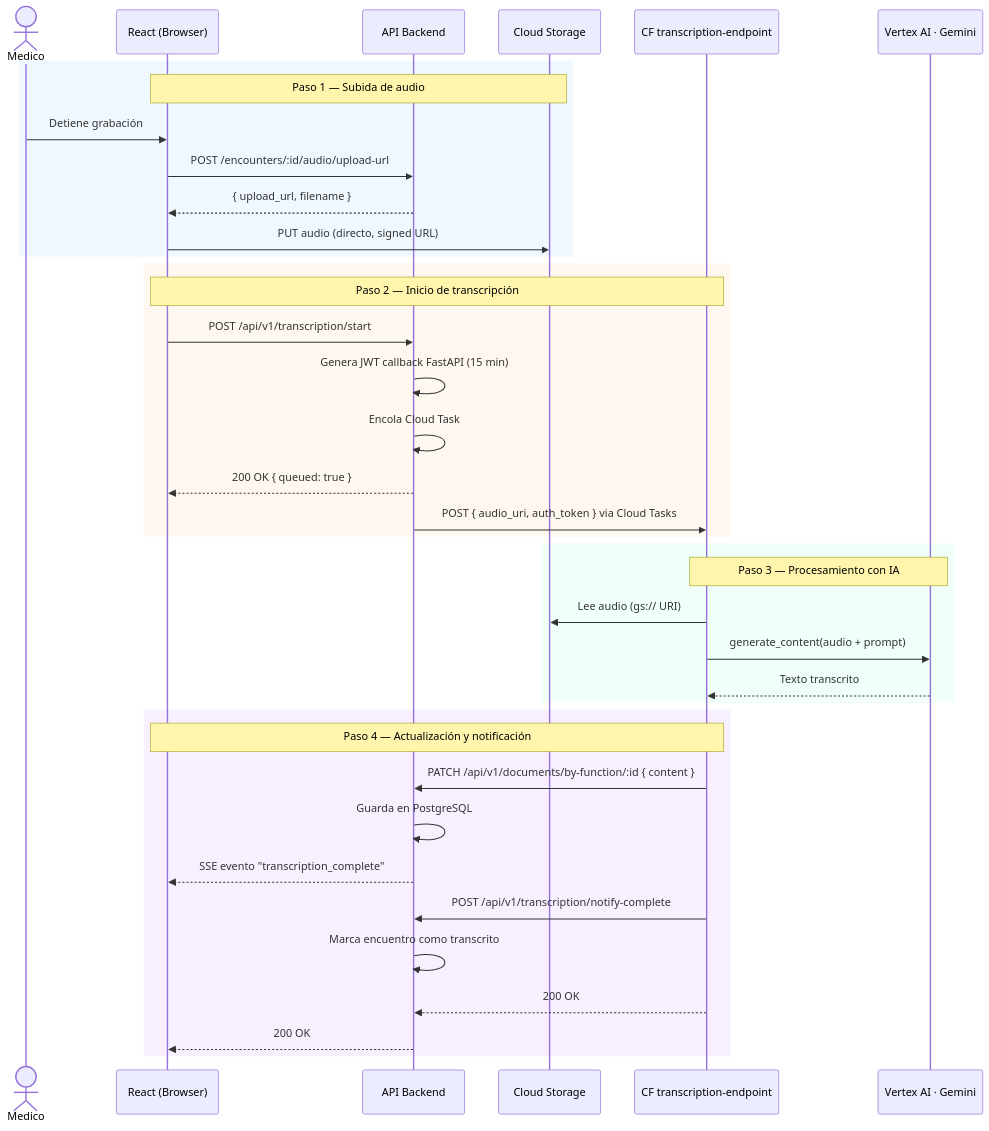
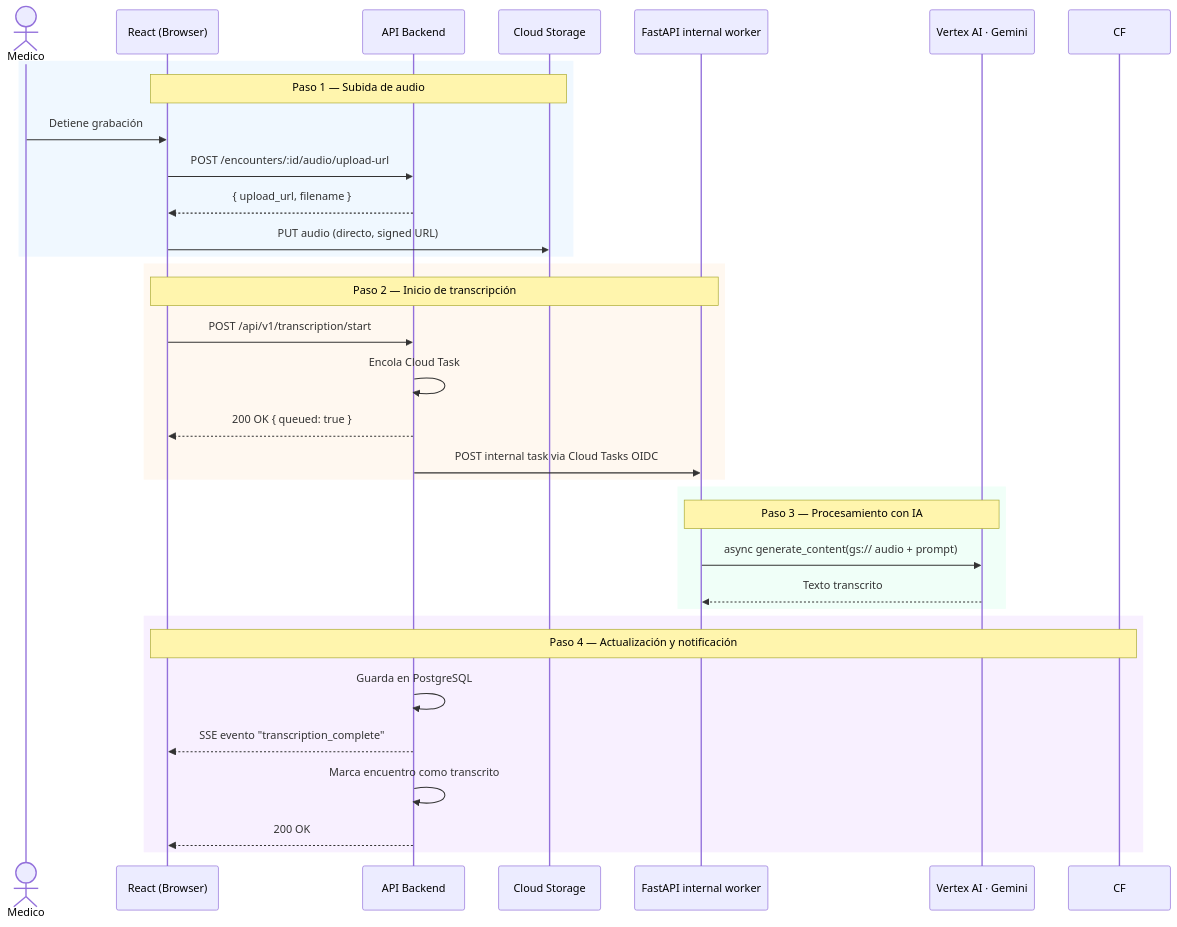
The second of 3 diagrams in docs/architecture/system-overview.md (Jmoreno844/medical-ai-webapp), drawn with Mermaid before and after one commit. The commit also changed other lines of this file and 36 other files, not shown here.

First line of the commit message:
feat(transcription): add segmented audio workflow

````diff
--- a/docs/architecture/system-overview.md
+++ b/docs/architecture/system-overview.md
@@ -59,44 +56,39 @@
 ```mermaid
 sequenceDiagram
     actor Medico
     participant Browser as React (Browser)
     participant Backend as API Backend
     participant GCS as Cloud Storage
-    participant CF as CF transcription-endpoint
+    participant Worker as FastAPI internal worker
     participant Gemini as Vertex AI · Gemini
 
     rect rgb(240, 248, 255)
         note over Browser,GCS: Paso 1 — Subida de audio
         Medico->>Browser: Detiene grabación
         Browser->>Backend: POST /encounters/:id/audio/upload-url
         Backend-->>Browser: { upload_url, filename }
         Browser->>GCS: PUT audio (directo, signed URL)
     end
 
     rect rgb(255, 248, 240)
-        note over Browser,CF: Paso 2 — Inicio de transcripción
+        note over Browser,Worker: Paso 2 — Inicio de transcripción
         Browser->>Backend: POST /api/v1/transcription/start
-        Backend->>Backend: Genera JWT callback FastAPI (15 min)
         Backend->>Backend: Encola Cloud Task
         Backend-->>Browser: 200 OK { queued: true }
-        Backend->>CF: POST { audio_uri, auth_token } via Cloud Tasks
+        Backend->>Worker: POST internal task via Cloud Tasks OIDC
     end
 
     rect rgb(240, 255, 248)
-        note over CF,Gemini: Paso 3 — Procesamiento con IA
-        CF->>GCS: Lee audio (gs:// URI)
-        CF->>Gemini: generate_content(audio + prompt)
-        Gemini-->>CF: Texto transcrito
+        note over Worker,Gemini: Paso 3 — Procesamiento con IA
+        Worker->>Gemini: async generate_content(gs:// audio + prompt)
+        Gemini-->>Worker: Texto transcrito
     end
 
     rect rgb(248, 240, 255)
         note over CF,Browser: Paso 4 — Actualización y notificación
-        CF->>Backend: PATCH /api/v1/documents/by-function/:id { content }
         Backend->>Backend: Guarda en PostgreSQL
         Backend-->>Browser: SSE evento "transcription_complete"
-        CF->>Backend: POST /api/v1/transcription/notify-complete
         Backend->>Backend: Marca encuentro como transcrito
-        CF-->>Backend: 200 OK
         Backend-->>Browser: 200 OK
     end
 ```
````
